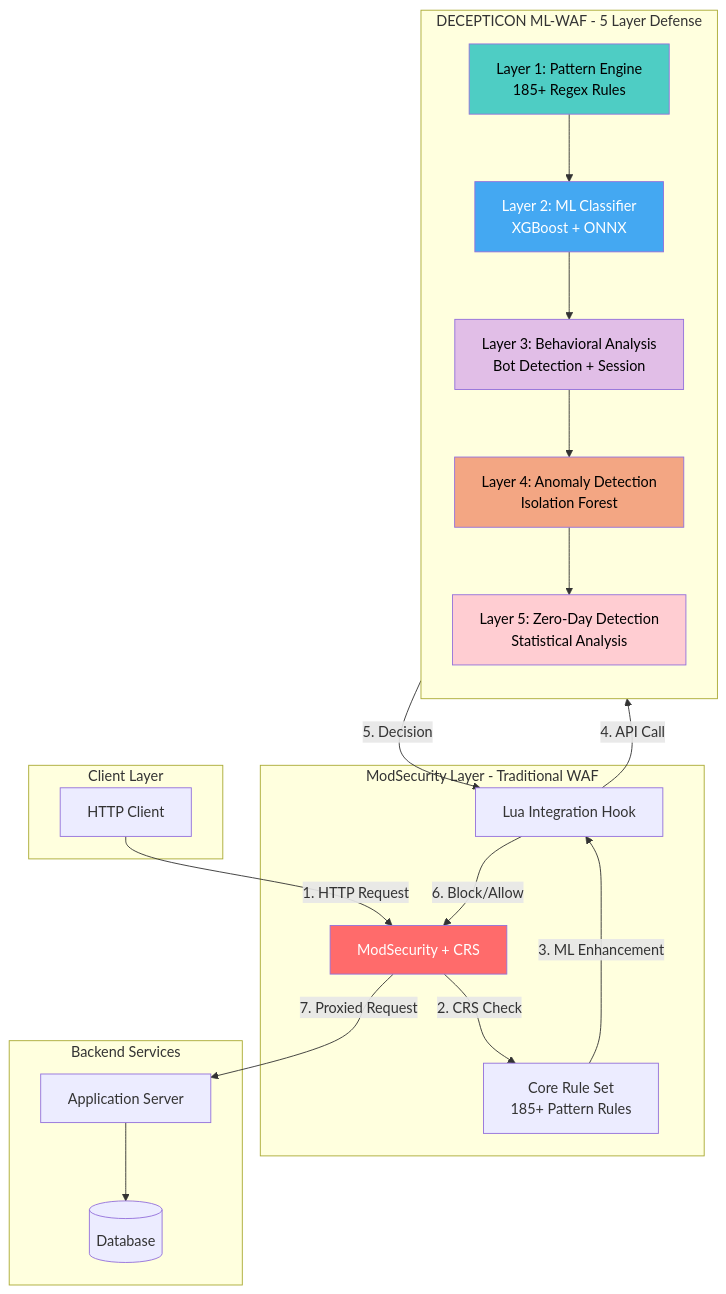
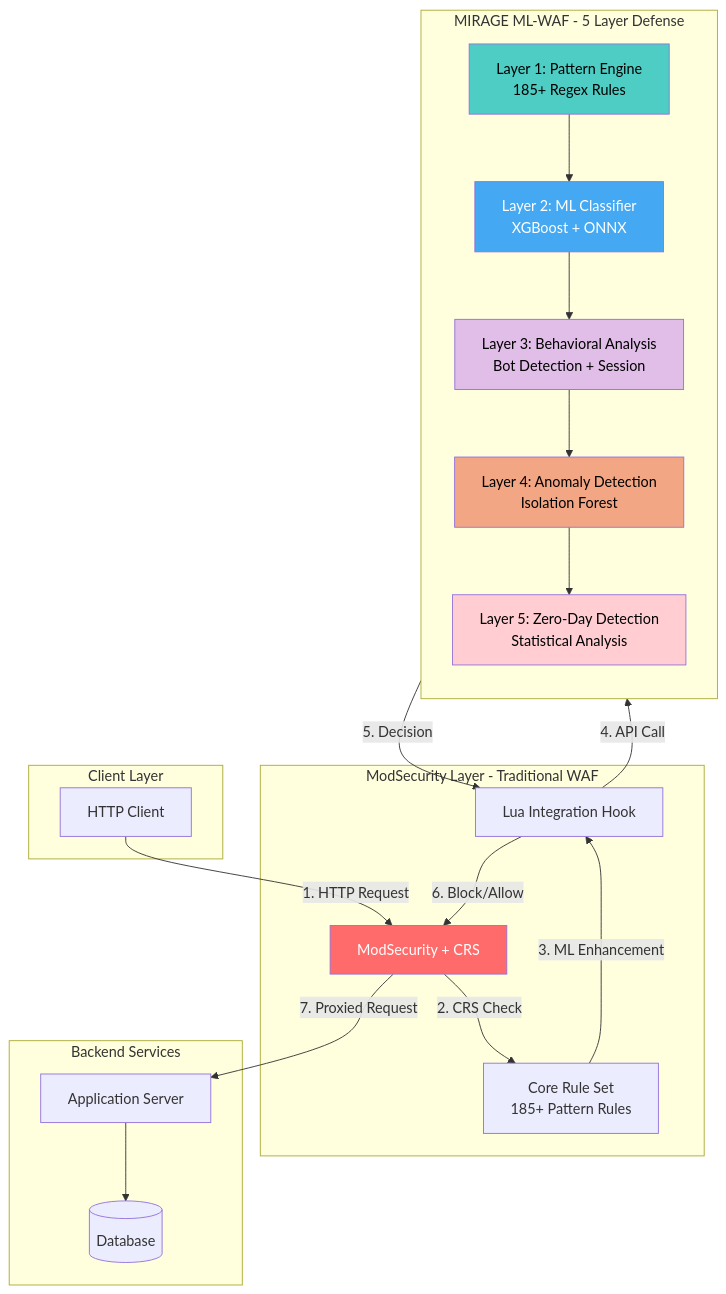
The first of 22 diagrams in TECHNICAL_DOCUMENTATION.md (SaiBhujbal/Mirage), drawn with Mermaid before and after one commit. The commit also changed other lines of this file and 126 other files, not shown here.

````diff
--- a/TECHNICAL_DOCUMENTATION.md
+++ b/TECHNICAL_DOCUMENTATION.md
@@ -29,47 +29,47 @@
 ```mermaid
 graph TB
     subgraph "Client Layer"
         Client[HTTP Client]
     end
 
     subgraph "ModSecurity Layer - Traditional WAF"
         ModSec[ModSecurity + CRS]
         CRS[Core Rule Set<br/>185+ Pattern Rules]
         LuaHook[Lua Integration Hook]
     end
 
-    subgraph "DECEPTICON ML-WAF - 5 Layer Defense"
+    subgraph "MIRAGE ML-WAF - 5 Layer Defense"
         direction TB
         L1[Layer 1: Pattern Engine<br/>185+ Regex Rules]
         L2[Layer 2: ML Classifier<br/>XGBoost + ONNX]
         L3[Layer 3: Behavioral Analysis<br/>Bot Detection + Session]
         L4[Layer 4: Anomaly Detection<br/>Isolation Forest]
         L5[Layer 5: Zero-Day Detection<br/>Statistical Analysis]
 
         L1 --> L2
         L2 --> L3
         L3 --> L4
         L4 --> L5
     end
 
     subgraph "Backend Services"
         App[Application Server]
         DB[(Database)]
     end
 
     Client -->|1. HTTP Request| ModSec
     ModSec -->|2. CRS Check| CRS
     CRS -->|3. ML Enhancement| LuaHook
     LuaHook -->|4. API Call| L1
     L5 -->|5. Decision| LuaHook
     LuaHook -->|6. Block/Allow| ModSec
     ModSec -->|7. Proxied Request| App
     App --> DB
 
     style ModSec fill:#ff6b6b,color:#fff
     style L1 fill:#4ecdc4,color:#000
     style L2 fill:#44a8f2,color:#fff
     style L3 fill:#e1bee7,color:#000
     style L4 fill:#f3a683,color:#000
     style L5 fill:#ffcdd2,color:#000
 ```
````
